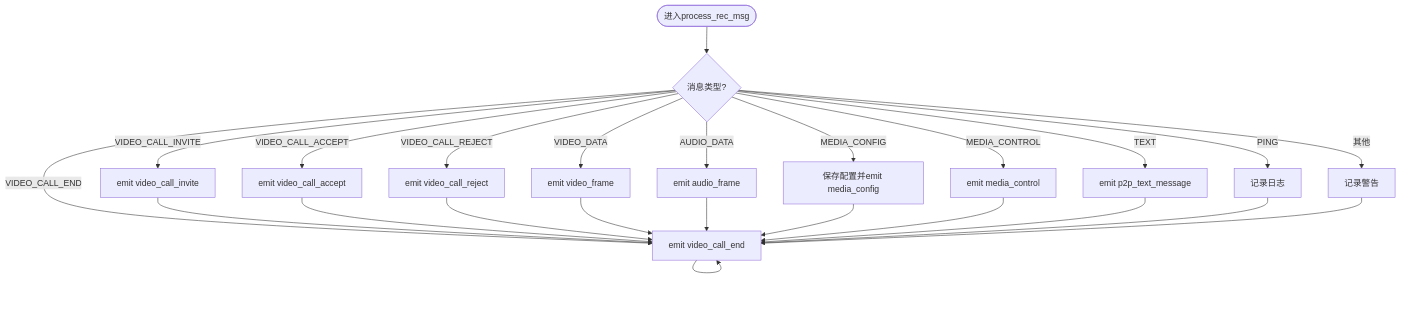
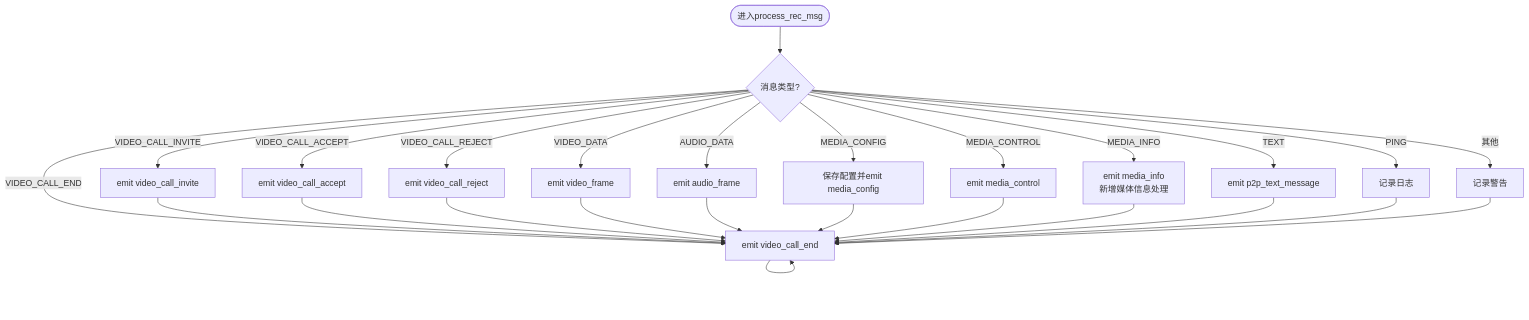
One commit to nicolastinger/only-talk-app changed the fifth of 13 diagrams in .qoder/repowiki/zh/content/后端服务/P2P服务.md. Above: the diagram before and after it, drawn with Mermaid. The commit also changed other lines of this file and 12 other files, not shown here.

````diff
--- a/.qoder/repowiki/zh/content/后端服务/P2P服务.md
+++ b/.qoder/repowiki/zh/content/后端服务/P2P服务.md
@@ -193,26 +260,28 @@
 ```mermaid
 flowchart TD
 Start(["进入process_rec_msg"]) --> Type{"消息类型?"}
 Type --> |VIDEO_CALL_INVITE| Invite["emit video_call_invite"]
 Type --> |VIDEO_CALL_ACCEPT| Accept["emit video_call_accept"]
 Type --> |VIDEO_CALL_REJECT| Reject["emit video_call_reject"]
 Type --> |VIDEO_CALL_END| End["emit video_call_end"]
 Type --> |VIDEO_DATA| VFrame["emit video_frame"]
 Type --> |AUDIO_DATA| AFrame["emit audio_frame"]
 Type --> |MEDIA_CONFIG| SaveCfg["保存配置并emit media_config"]
 Type --> |MEDIA_CONTROL| EmitCtl["emit media_control"]
+Type --> |MEDIA_INFO| EmitInfo["emit media_info<br/>新增媒体信息处理"]
 Type --> |TEXT| TextEvt["emit p2p_text_message"]
 Type --> |PING| Ping["记录日志"]
 Type --> |其他| Warn["记录警告"]
 Invite --> End
 Accept --> End
 Reject --> End
 End --> End
 VFrame --> End
 AFrame --> End
 SaveCfg --> End
 EmitCtl --> End
+EmitInfo --> End
 TextEvt --> End
 Ping --> End
 Warn --> End
 ```
````
